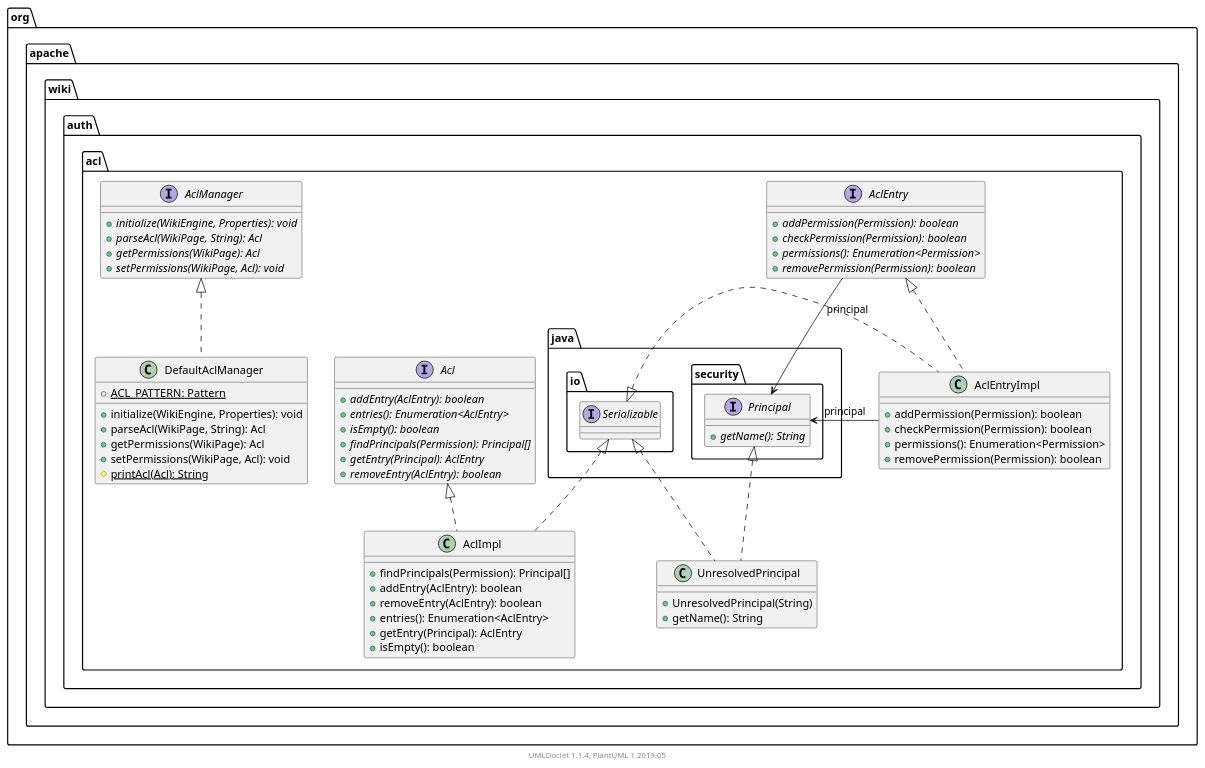
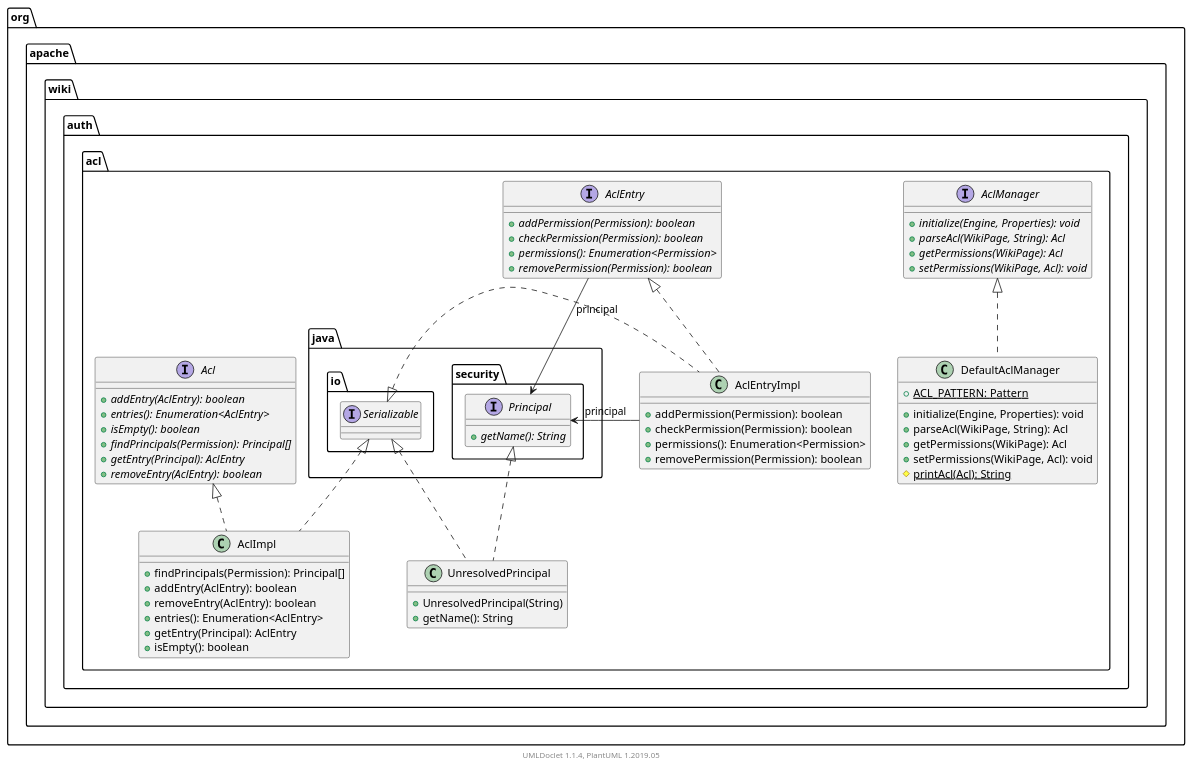
The diagram in apidocs/2.11.0.M7-SNAPSHOT/org/apache/wiki/auth/acl/package.puml (apache/jspwiki-site), drawn with PlantUML before and after one commit. The commit also changed 1798 other files, not shown here.

```diff
--- a/apidocs/2.11.0.M7-SNAPSHOT/org/apache/wiki/auth/acl/package.puml
+++ b/apidocs/2.11.0.M7-SNAPSHOT/org/apache/wiki/auth/acl/package.puml
@@ -1,84 +1,84 @@
 @startuml
 
     namespace org.apache.wiki.auth.acl {
+
+        interface AclManager [[AclManager.html]] {
+            {abstract} +initialize(Engine, Properties): void
+            {abstract} +parseAcl(WikiPage, String): Acl
+            {abstract} +getPermissions(WikiPage): Acl
+            {abstract} +setPermissions(WikiPage, Acl): void
+        }
 
         class UnresolvedPrincipal [[UnresolvedPrincipal.html]] {
             +UnresolvedPrincipal(String)
             +getName(): String
         }
 
         interface AclEntry [[AclEntry.html]] {
             {abstract} +addPermission(Permission): boolean
             {abstract} +checkPermission(Permission): boolean
             {abstract} +permissions(): Enumeration<Permission>
             {abstract} +removePermission(Permission): boolean
         }
 
-        class AclImpl [[AclImpl.html]] {
-            +findPrincipals(Permission): Principal[]
-            +addEntry(AclEntry): boolean
-            +removeEntry(AclEntry): boolean
-            +entries(): Enumeration<AclEntry>
-            +getEntry(Principal): AclEntry
-            +isEmpty(): boolean
+        class DefaultAclManager [[DefaultAclManager.html]] {
+            {static} +ACL_PATTERN: Pattern
+            +initialize(Engine, Properties): void
+            +parseAcl(WikiPage, String): Acl
+            +getPermissions(WikiPage): Acl
+            +setPermissions(WikiPage, Acl): void
+            {static} #printAcl(Acl): String
         }
 
         interface Acl [[Acl.html]] {
             {abstract} +addEntry(AclEntry): boolean
             {abstract} +entries(): Enumeration<AclEntry>
             {abstract} +isEmpty(): boolean
             {abstract} +findPrincipals(Permission): Principal[]
             {abstract} +getEntry(Principal): AclEntry
             {abstract} +removeEntry(AclEntry): boolean
         }
 
-        interface AclManager [[AclManager.html]] {
-            {abstract} +initialize(WikiEngine, Properties): void
-            {abstract} +parseAcl(WikiPage, String): Acl
-            {abstract} +getPermissions(WikiPage): Acl
-            {abstract} +setPermissions(WikiPage, Acl): void
-        }
-
-        class DefaultAclManager [[DefaultAclManager.html]] {
-            {static} +ACL_PATTERN: Pattern
-            +initialize(WikiEngine, Properties): void
-            +parseAcl(WikiPage, String): Acl
-            +getPermissions(WikiPage): Acl
-            +setPermissions(WikiPage, Acl): void
-            {static} #printAcl(Acl): String
-        }
-
         class AclEntryImpl [[AclEntryImpl.html]] {
             +addPermission(Permission): boolean
             +checkPermission(Permission): boolean
             +permissions(): Enumeration<Permission>
             +removePermission(Permission): boolean
+        }
+
+        class AclImpl [[AclImpl.html]] {
+            +findPrincipals(Permission): Principal[]
+            +addEntry(AclEntry): boolean
+            +removeEntry(AclEntry): boolean
+            +entries(): Enumeration<AclEntry>
+            +getEntry(Principal): AclEntry
+            +isEmpty(): boolean
         }
 
         interface java.security.Principal {
             {abstract} +getName(): String
         }
         java.security.Principal <|.. UnresolvedPrincipal
 
         interface java.io.Serializable
         java.io.Serializable <|.. UnresolvedPrincipal
 
-        Acl <|.. AclImpl
-
-        java.io.Serializable <|.. AclImpl
-
         AclManager <|.. DefaultAclManager
 
         AclEntry <|.. AclEntryImpl
 
         java.io.Serializable <|.. AclEntryImpl
+
+        Acl <|.. AclImpl
+
+        java.io.Serializable <|.. AclImpl
 
         AclEntry --> java.security.Principal: principal
 
         AclEntryImpl --> java.security.Principal: principal
 
     }
 
 
     center footer UMLDoclet 1.1.4, PlantUML 1.2019.05
 @enduml
```
